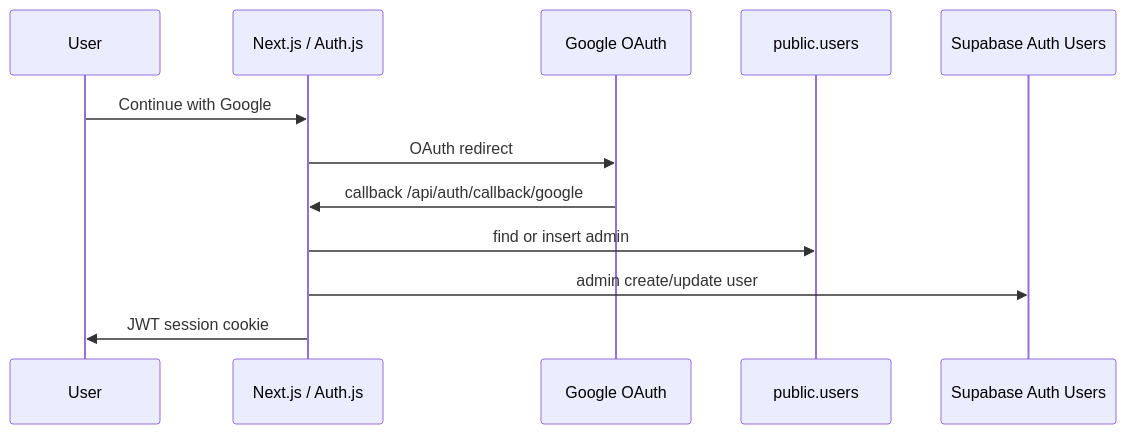
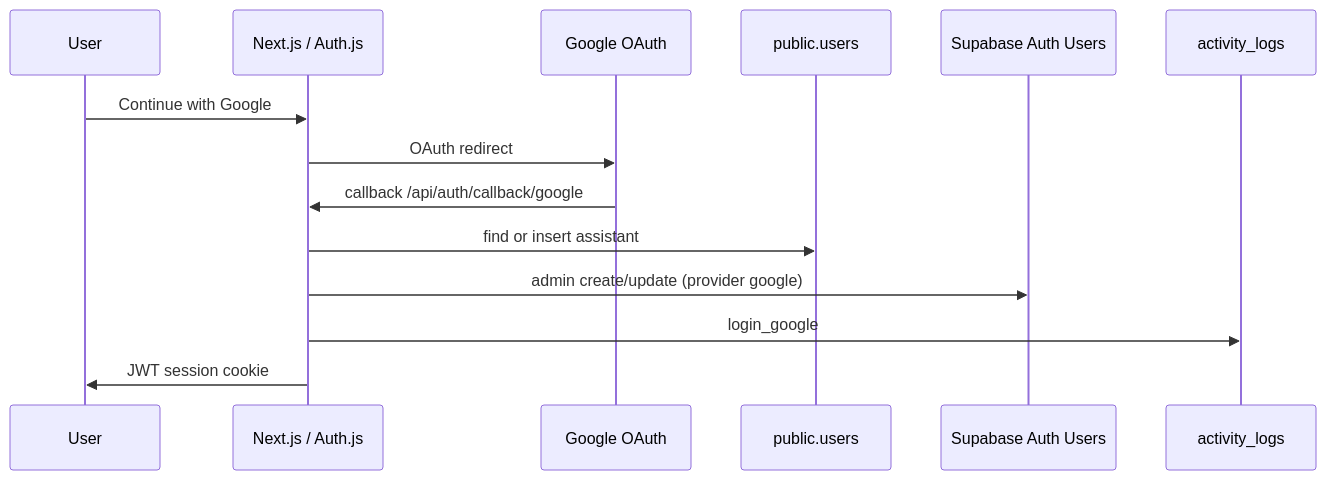
The second of 2 diagrams in README.md (Filza548/AI-Knowledge-Base-Assistant), drawn with Mermaid before and after one commit. The commit also changed other lines of this file and 30 other files, not shown here.

First line of the commit message:
Add assistant/admin roles, activity logging, and Vercel deploy config.

````diff
--- a/README.md
+++ b/README.md
@@ -66,15 +74,17 @@
 ```mermaid
 sequenceDiagram
   participant U as User
   participant App as Next.js / Auth.js
   participant G as Google OAuth
   participant DB as public.users
   participant SA as Supabase Auth Users
+  participant AL as activity_logs
 
   U->>App: Continue with Google
   App->>G: OAuth redirect
   G->>App: callback /api/auth/callback/google
-  App->>DB: find or insert admin
-  App->>SA: admin create/update user
+  App->>DB: find or insert assistant
+  App->>SA: admin create/update (provider google)
+  App->>AL: login_google
   App->>U: JWT session cookie
 ```
````
